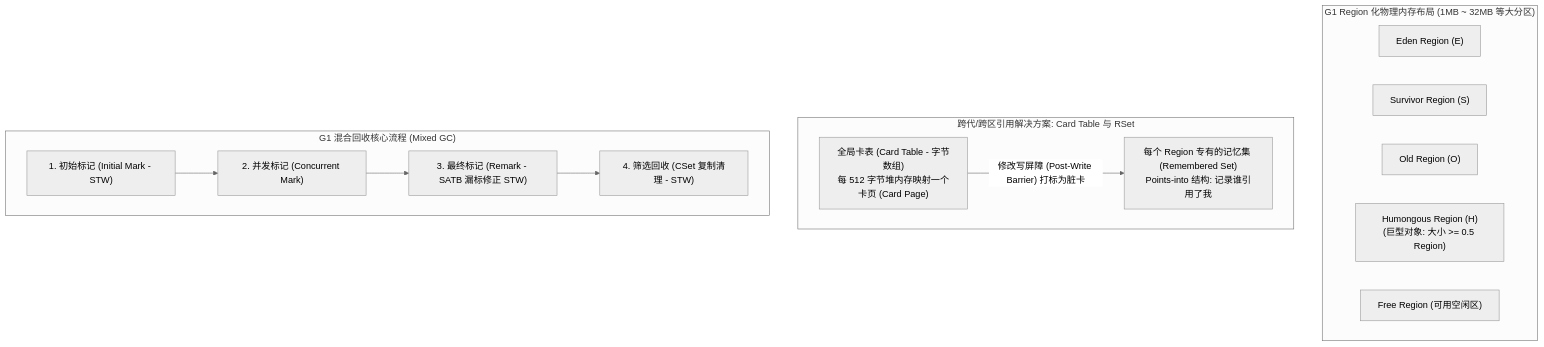
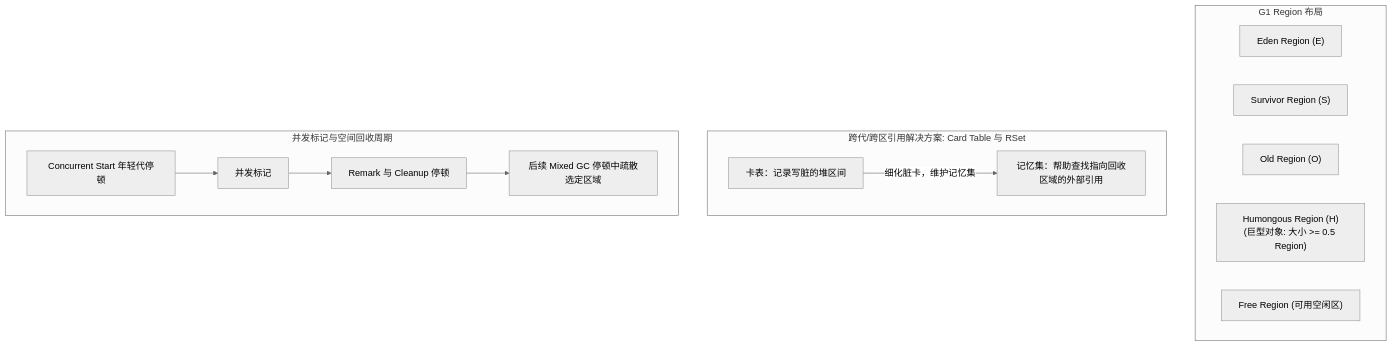
The second of 4 diagrams in 03-java-engineering/01-jvm-memory-gc.md (tieke1121/tech-interview-knowledge-base), drawn with Mermaid (neutral theme) before and after one commit. The commit also changed other lines of this file and 22 other files, not shown here.

````diff
--- a/03-java-engineering/01-jvm-memory-gc.md
+++ b/03-java-engineering/01-jvm-memory-gc.md
@@ -158,22 +135,22 @@
 ```mermaid
 graph TD
-    subgraph "G1 Region 化物理内存布局 (1MB ~ 32MB 等大分区)"
+    subgraph Regions["G1 Region 布局"]
         R1["Eden Region (E)"]
         R2["Survivor Region (S)"]
         R3["Old Region (O)"]
         R4["Humongous Region (H)<br/>(巨型对象: 大小 >= 0.5 Region)"]
         R5["Free Region (可用空闲区)"]
     end
 
     subgraph "跨代/跨区引用解决方案: Card Table 与 RSet"
-        CardTable["全局卡表 (Card Table - 字节数组)<br/>每 512 字节堆内存映射一个卡页 (Card Page)"]
-        RSet["每个 Region 专有的记忆集 (Remembered Set)<br/>Points-into 结构: 记录谁引用了我"]
-        CardTable -->|"修改写屏障 (Post-Write Barrier) 打标为脏卡"| RSet
+        CardTable["卡表：记录写脏的堆区间"]
+        RSet["记忆集：帮助查找指向回收区域的外部引用"]
+        CardTable -->|"细化脏卡，维护记忆集"| RSet
     end
 
-    subgraph "G1 混合回收核心流程 (Mixed GC)"
-        Step1["1. 初始标记 (Initial Mark - STW)"] --> Step2["2. 并发标记 (Concurrent Mark)"]
-        Step2 --> Step3["3. 最终标记 (Remark - SATB 漏标修正 STW)"]
-        Step3 --> Step4["4. 筛选回收 (CSet 复制清理 - STW)"]
+    subgraph Cycle["并发标记与空间回收周期"]
+        Step1["Concurrent Start 年轻代停顿"] --> Step2["并发标记"]
+        Step2 --> Step3["Remark 与 Cleanup 停顿"]
+        Step3 --> Step4["后续 Mixed GC 停顿中疏散选定区域"]
     end
 ```
````
